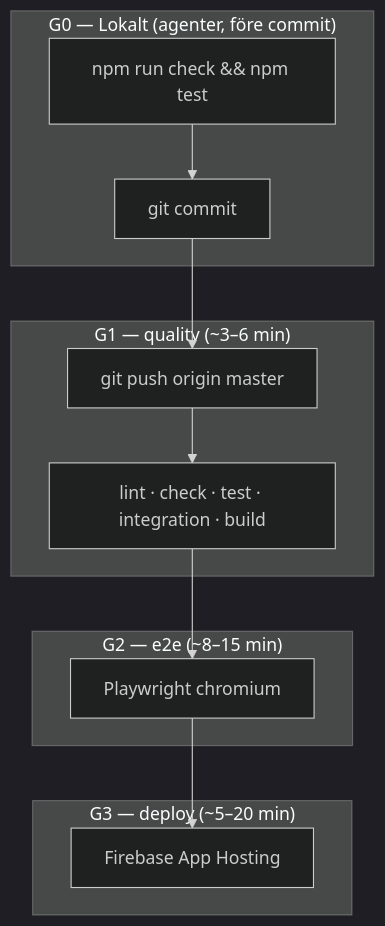
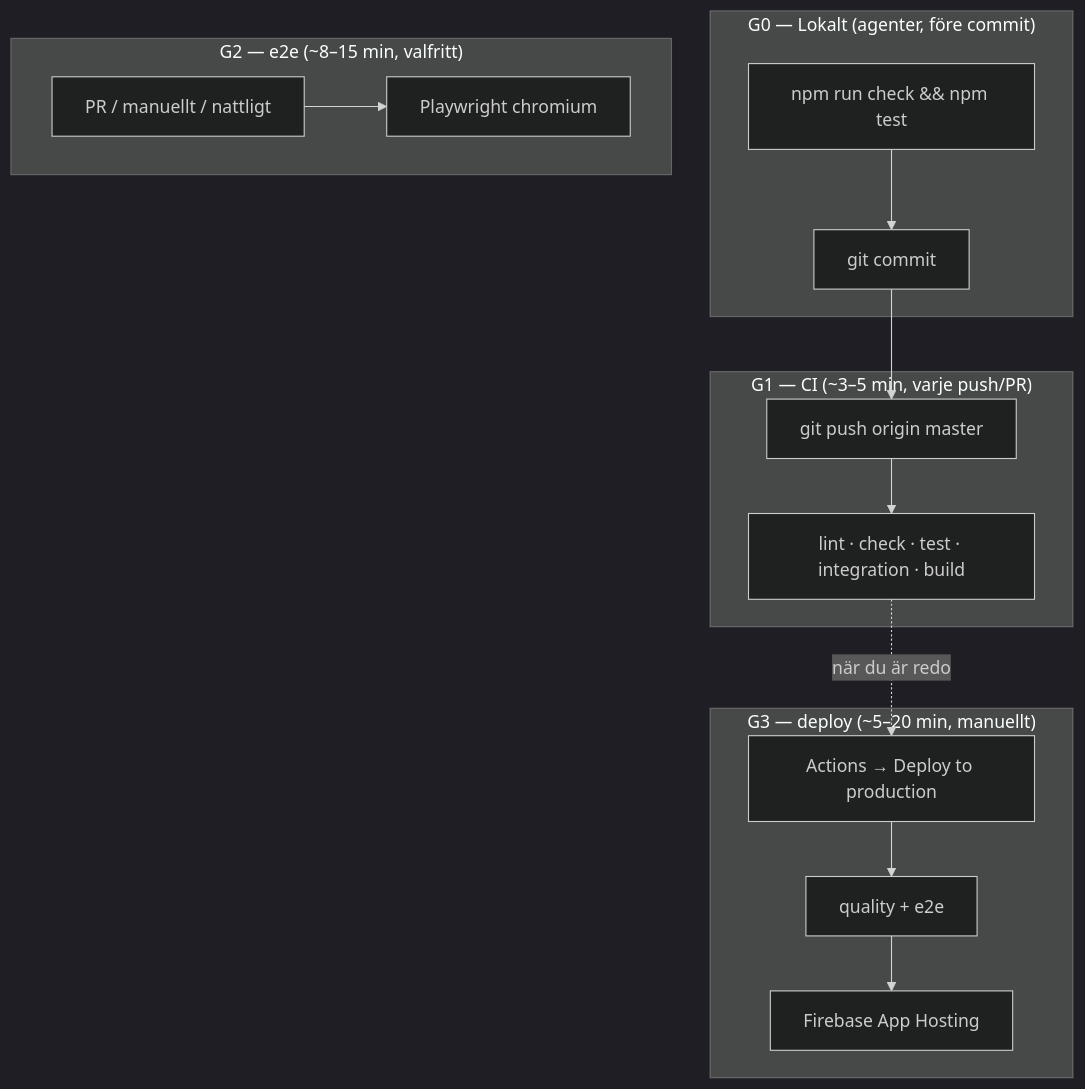
Before and after one commit to arpi09/grocery-manager: the diagram in docs/CI_CD.md, drawn with Mermaid (dark theme). The commit also changed other lines of this file and 12 other files, not shown here.

First line of the commit message:
Split CI from deploy: fast CI on merge, manual production deploy.

````diff
--- a/docs/CI_CD.md
+++ b/docs/CI_CD.md
@@ -11,26 +11,30 @@
 ```mermaid
 flowchart TB
   subgraph G0["G0 — Lokalt (agenter, före commit)"]
     check[npm run check && npm test]
     commit[git commit]
     check --> commit
   end
 
-  subgraph G1["G1 — quality (~3–6 min)"]
+  subgraph G1["G1 — CI (~3–5 min, varje push/PR)"]
     push[git push origin master]
     q[lint · check · test · integration · build]
     push --> q
   end
 
-  subgraph G2["G2 — e2e (~8–15 min)"]
+  subgraph G2["G2 — e2e (~8–15 min, valfritt)"]
     e2e[Playwright chromium]
-    q --> e2e
+    pr[PR / manuellt / nattligt]
+    pr --> e2e
   end
 
-  subgraph G3["G3 — deploy (~5–20 min)"]
+  subgraph G3["G3 — deploy (~5–20 min, manuellt)"]
+    manual[Actions → Deploy to production]
     fb[Firebase App Hosting]
-    e2e --> fb
+    manual --> q2[quality + e2e]
+    q2 --> fb
   end
 
   commit --> push
+  q -.->|när du är redo| manual
 ```
````
